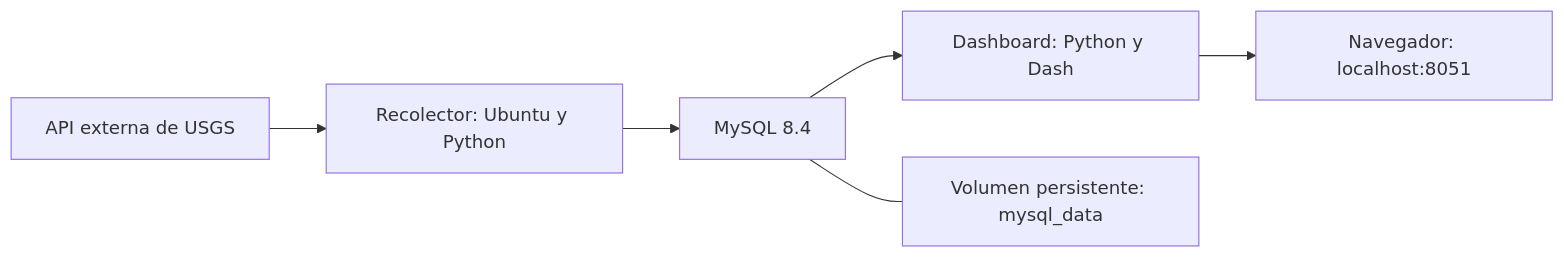
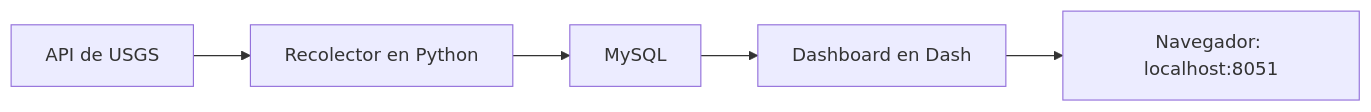
One commit to gamasand/sismos-mexico changed the diagram in README.md. Above: the diagram before and after it, drawn with Mermaid. The commit also changed other lines of this file and 25 other files, not shown here.

````diff
--- a/README.md
+++ b/README.md
@@ -39,8 +38,7 @@
 ```mermaid
 flowchart LR
-    API[API externa de USGS] --> R[Recolector: Ubuntu y Python]
-    R --> BD[MySQL 8.4]
-    BD --> D[Dashboard: Python y Dash]
+    API[API de USGS] --> R[Recolector en Python]
+    R --> BD[MySQL]
+    BD --> D[Dashboard en Dash]
     D --> N[Navegador: localhost:8051]
-    BD --- V[Volumen persistente: mysql_data]
 ```
````
